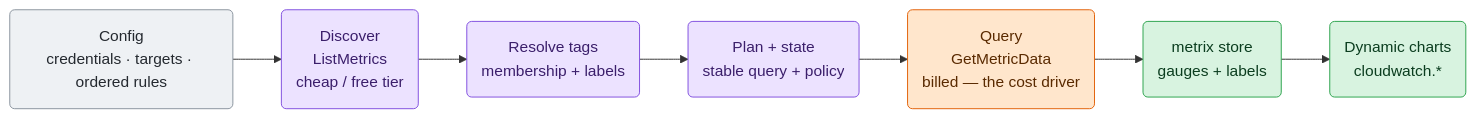
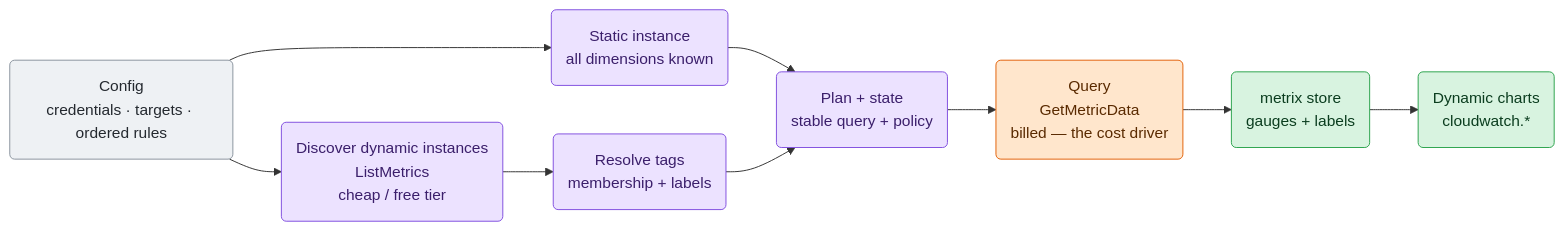
The first of 3 diagrams in src/go/plugin/go.d/collector/cloudwatch/ARCHITECTURE.md (netdata/netdata), drawn with Mermaid before and after one commit. The commit also changed other lines of this file and 71 other files, not shown here.

````diff
--- a/src/go/plugin/go.d/collector/cloudwatch/ARCHITECTURE.md
+++ b/src/go/plugin/go.d/collector/cloudwatch/ARCHITECTURE.md
@@ -37,22 +39,24 @@
 ```mermaid
 flowchart LR
     cfg("Config<br/>credentials · targets · ordered rules")
-    disc("Discover<br/>ListMetrics<br/>cheap / free tier")
+    static("Static instance<br/>all dimensions known")
+    disc("Discover dynamic instances<br/>ListMetrics<br/>cheap / free tier")
     tags("Resolve tags<br/>membership + labels")
     plan("Plan + state<br/>stable query + policy")
     query("Query<br/>GetMetricData<br/>billed — the cost driver")
     store("metrix store<br/>gauges + labels")
     charts("Dynamic charts<br/>cloudwatch.*")
 
+    cfg --> static --> plan
     cfg --> disc --> tags --> plan --> query --> store --> charts
 
     classDef input fill:#eef1f4,stroke:#8b949e,color:#24292f;
     classDef sched fill:#ece2ff,stroke:#8250df,color:#3b1f6b;
     classDef effect fill:#ffe6cc,stroke:#e36209,color:#5a2a00;
     classDef commit fill:#d8f3e0,stroke:#2da44e,color:#0b3d1f;
 
     class cfg input
-    class disc,tags,plan sched
+    class static,disc,tags,plan sched
     class query effect
     class store,charts commit
 ```
````
